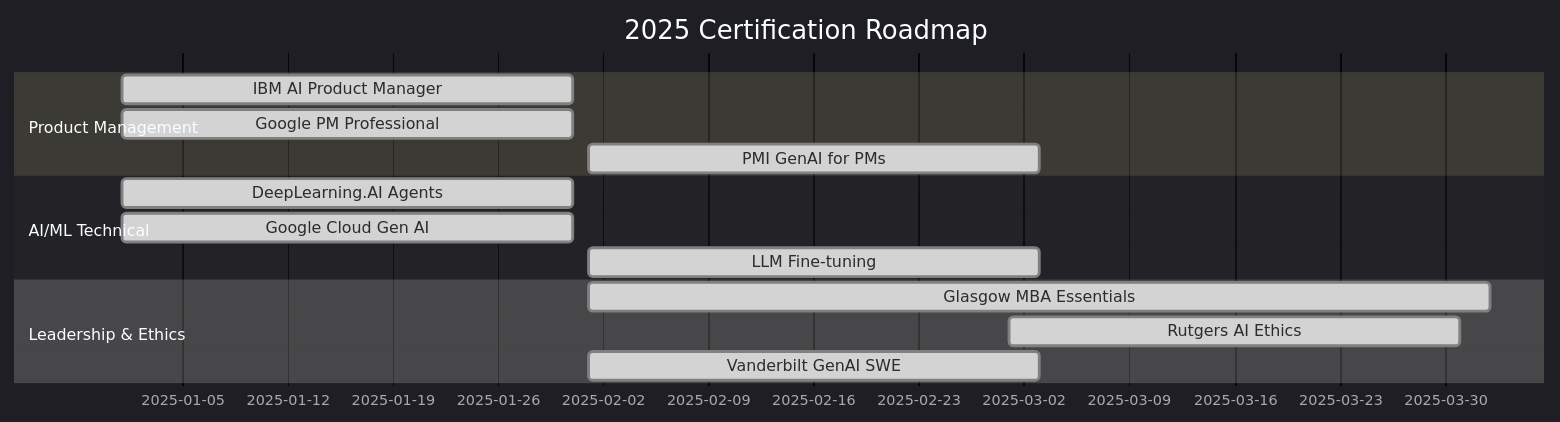
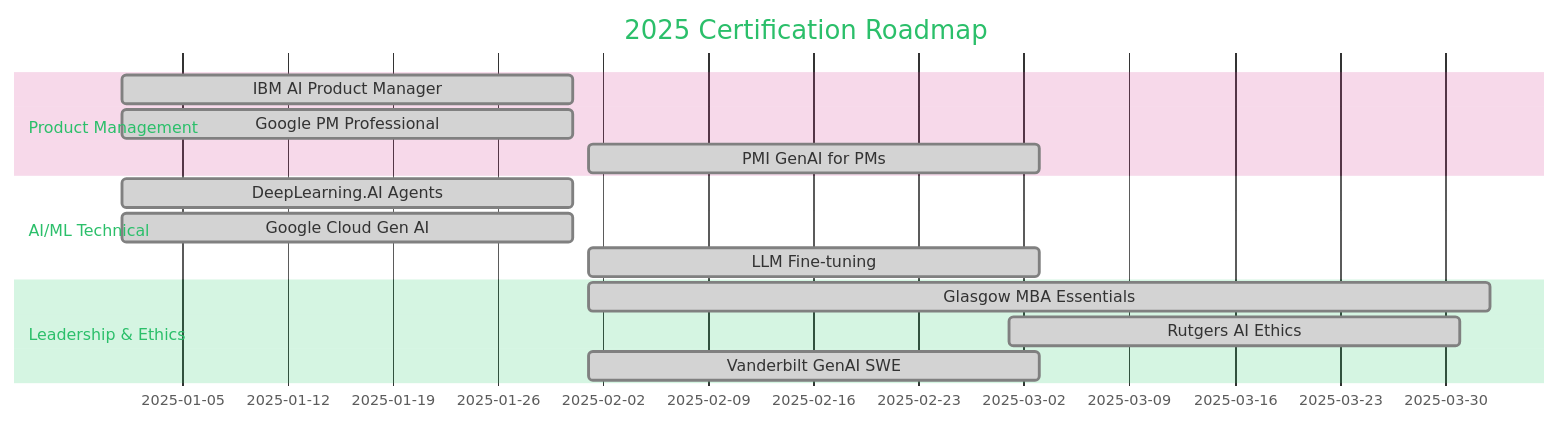
The seventh of 11 diagrams in README.md (VIKAS9793/VIKAS9793), drawn with Mermaid before and after one commit. The commit also changed other lines of this file, not shown here.

````diff
--- a/README.md
+++ b/README.md
@@ -564,18 +599,18 @@
 ```mermaid
-%%{init: {'theme':'dark', 'themeVariables': {'primaryColor':'#2ecc71','secondaryColor':'#3498db','fontSize':'14px'}}}%%
+%%{init: {'theme':'base', 'themeVariables': {'primaryColor':'#2ecc71','secondaryColor':'#3498db','fontSize':'14px'}}}%%
 gantt
     title 2025 Certification Roadmap
     dateFormat YYYY-MM
     section Product Management
     IBM AI Product Manager      :done, 2025-01, 30d
     Google PM Professional      :done, 2025-01, 30d
     PMI GenAI for PMs          :done, 2025-02, 30d
     section AI/ML Technical
     DeepLearning.AI Agents     :done, 2025-01, 30d
     Google Cloud Gen AI        :done, 2025-01, 30d
     LLM Fine-tuning           :done, 2025-02, 30d
     section Leadership & Ethics
     Glasgow MBA Essentials     :done, 2025-02, 60d
     Rutgers AI Ethics         :done, 2025-03, 30d
     Vanderbilt GenAI SWE      :done, 2025-02, 30d
 ```
````
